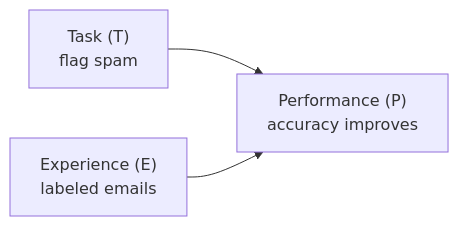
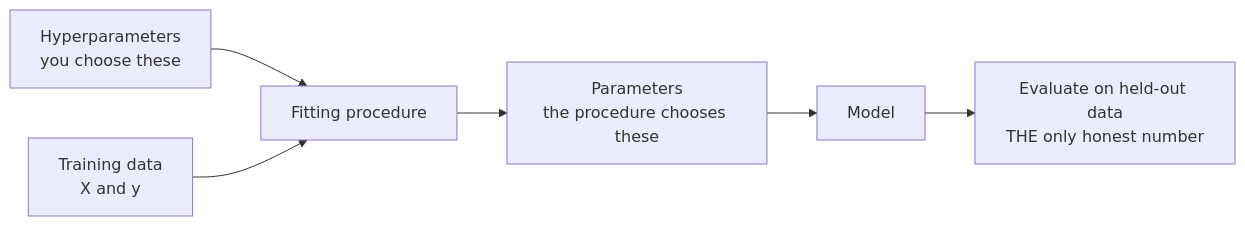
Before and after one commit to Ravikisha/PythonCentralHub: the diagram in src/content/docs/Machine Learning/Phase 01 - The ML Foundation/What is Machine Learning.mdx, drawn with Mermaid. The commit also changed other lines of this file and 1327 other files, not shown here.

````diff
--- a/src/content/docs/Machine Learning/Phase 01 - The ML Foundation/What is Machine Learning.mdx
+++ b/src/content/docs/Machine Learning/Phase 01 - The ML Foundation/What is Machine Learning.mdx
@@ -27,5 +243,8 @@
 ```mermaid
 flowchart LR
-  T["Task (T)<br/>flag spam"] --> P
-  E["Experience (E)<br/>labeled emails"] --> P["Performance (P)<br/>accuracy improves"]
+  H["Hyperparameters<br/>you choose these"] --> F["Fitting procedure"]
+  D["Training data<br/>X and y"] --> F
+  F --> P["Parameters<br/>the procedure chooses these"]
+  P --> M["Model"]
+  M --> E["Evaluate on held-out data<br/>THE only honest number"]
 ```
````
